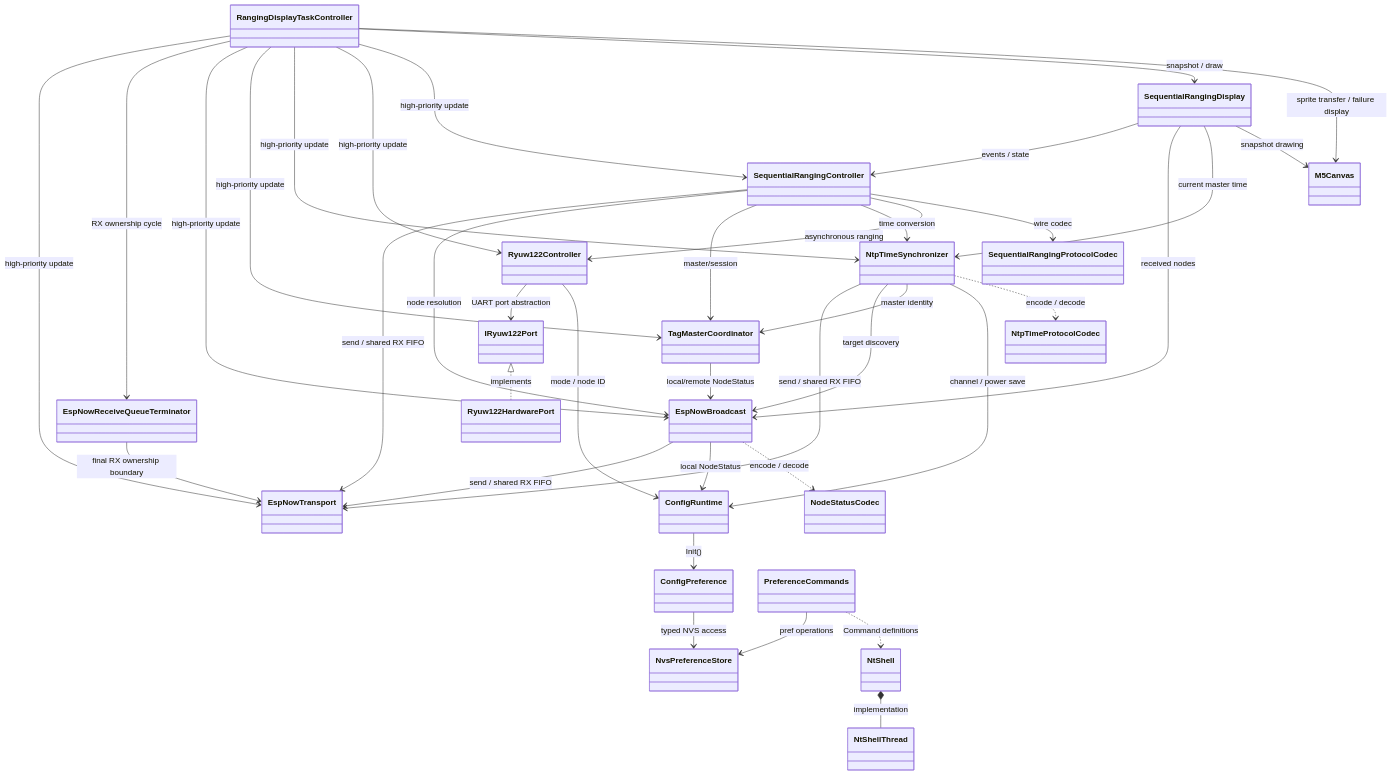
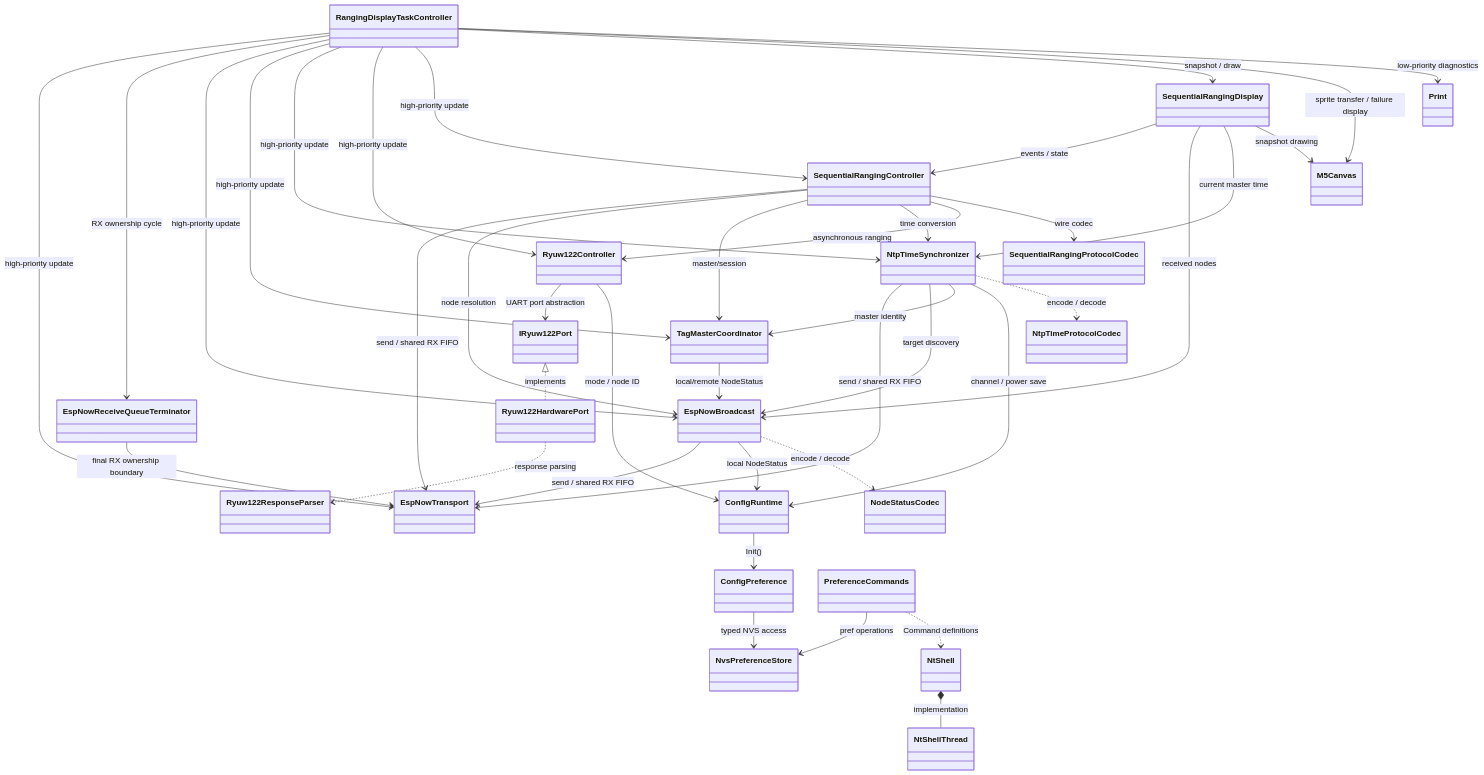
The first of 4 diagrams in docs/current-class-architecture.md (ssaattww/RYUW122_M5StickS3), drawn with Mermaid before and after one commit. The commit also changed other lines of this file and 38 other files, not shown here.

First line of the commit message:
fix(ranging): RYUW122実測距と失敗診断を安定化する

````diff
--- a/docs/current-class-architecture.md
+++ b/docs/current-class-architecture.md
@@ -15,72 +15,75 @@
 ```mermaid
 classDiagram
     class NvsPreferenceStore
     class ConfigPreference
     class ConfigRuntime
     class PreferenceCommands
     class NtShell
     class NtShellThread
 
     class EspNowTransport
     class NodeStatusCodec
     class EspNowBroadcast
     class EspNowReceiveQueueTerminator
     class TagMasterCoordinator
 
     class NtpTimeProtocolCodec
     class NtpTimeSynchronizer
 
     class IRyuw122Port
     class Ryuw122HardwarePort
+    class Ryuw122ResponseParser
     class Ryuw122Controller
 
     class SequentialRangingProtocolCodec
     class SequentialRangingController
     class SequentialRangingDisplay
     class RangingDisplayTaskController
     class M5Canvas
 
     ConfigPreference --> NvsPreferenceStore : typed NVS access
     ConfigRuntime --> ConfigPreference : Init()
     PreferenceCommands --> NvsPreferenceStore : pref operations
     PreferenceCommands ..> NtShell : Command definitions
     NtShell *-- NtShellThread : implementation
 
     EspNowBroadcast --> EspNowTransport : send / shared RX FIFO
     EspNowBroadcast --> ConfigRuntime : local NodeStatus
     EspNowBroadcast ..> NodeStatusCodec : encode / decode
     EspNowReceiveQueueTerminator --> EspNowTransport : final RX ownership boundary
     TagMasterCoordinator --> EspNowBroadcast : local/remote NodeStatus
 
     NtpTimeSynchronizer --> EspNowTransport : send / shared RX FIFO
     NtpTimeSynchronizer --> EspNowBroadcast : target discovery
     NtpTimeSynchronizer --> TagMasterCoordinator : master identity
     NtpTimeSynchronizer --> ConfigRuntime : channel / power save
     NtpTimeSynchronizer ..> NtpTimeProtocolCodec : encode / decode
 
     IRyuw122Port <|.. Ryuw122HardwarePort : implements
     Ryuw122Controller --> IRyuw122Port : UART port abstraction
+    Ryuw122HardwarePort ..> Ryuw122ResponseParser : response parsing
     Ryuw122Controller --> ConfigRuntime : mode / node ID
 
     SequentialRangingController --> EspNowTransport : send / shared RX FIFO
     SequentialRangingController --> EspNowBroadcast : node resolution
     SequentialRangingController --> TagMasterCoordinator : master/session
     SequentialRangingController --> NtpTimeSynchronizer : time conversion
     SequentialRangingController --> Ryuw122Controller : asynchronous ranging
     SequentialRangingController --> SequentialRangingProtocolCodec : wire codec
 
     SequentialRangingDisplay --> SequentialRangingController : events / state
     SequentialRangingDisplay --> EspNowBroadcast : received nodes
     SequentialRangingDisplay --> NtpTimeSynchronizer : current master time
     SequentialRangingDisplay --> M5Canvas : snapshot drawing
 
     RangingDisplayTaskController --> EspNowTransport : high-priority update
     RangingDisplayTaskController --> EspNowReceiveQueueTerminator : RX ownership cycle
     RangingDisplayTaskController --> EspNowBroadcast : high-priority update
     RangingDisplayTaskController --> TagMasterCoordinator : high-priority update
     RangingDisplayTaskController --> NtpTimeSynchronizer : high-priority update
     RangingDisplayTaskController --> Ryuw122Controller : high-priority update
     RangingDisplayTaskController --> SequentialRangingController : high-priority update
     RangingDisplayTaskController --> SequentialRangingDisplay : snapshot / draw
     RangingDisplayTaskController --> M5Canvas : sprite transfer / failure display
+    RangingDisplayTaskController --> Print : low-priority diagnostics
 ```
````
